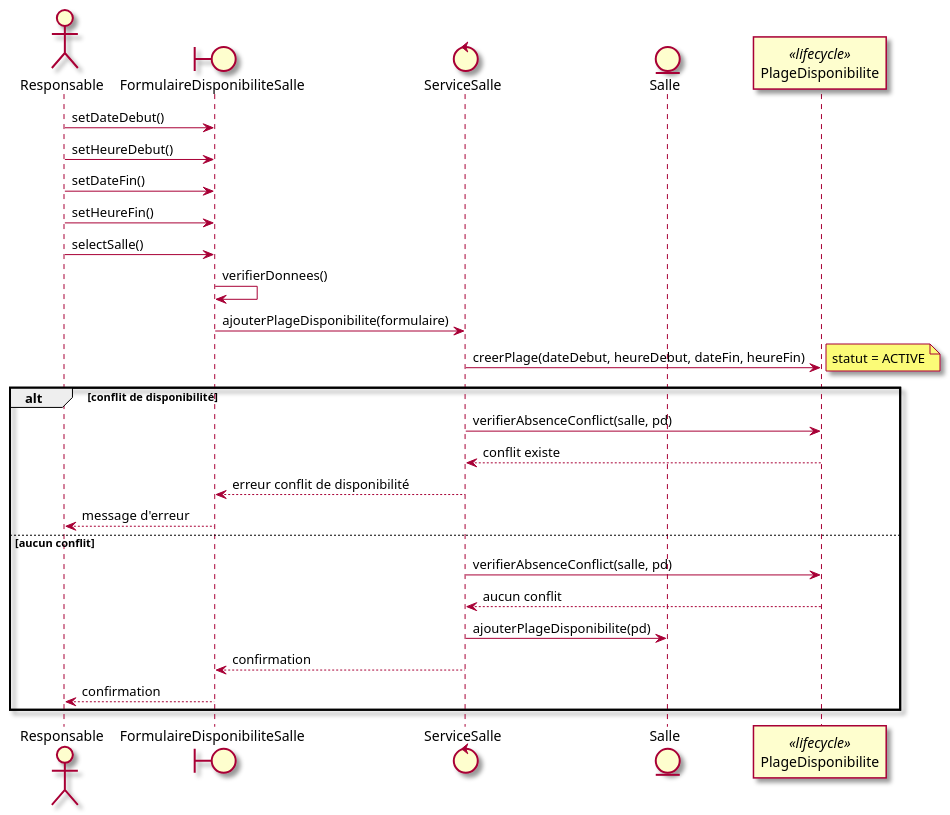
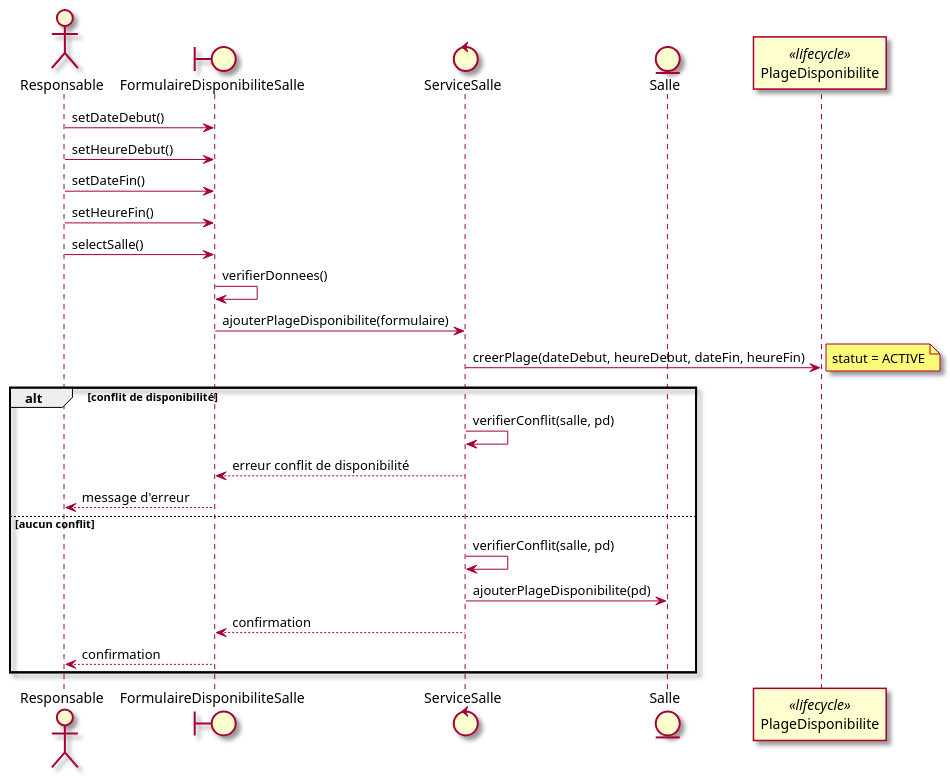
Diagram 21 of 58 in docs/02-Analyse.md (mrajaonson/glg204-room-management-system), drawn with PlantUML before and after one commit. The commit also changed other lines of this file and 3 other files, not shown here.

````diff
--- a/docs/02-Analyse.md
+++ b/docs/02-Analyse.md
@@ -698,32 +721,30 @@
 ```plantuml
 @startuml
 skin rose
 actor Responsable as r
 boundary FormulaireDisponibiliteSalle as ui
 control ServiceSalle as svc
 entity Salle as salle
 participant PlageDisponibilite as pd <<lifecycle>>
 
 r -> ui : setDateDebut()
 r -> ui : setHeureDebut()
 r -> ui : setDateFin()
 r -> ui : setHeureFin()
 r -> ui : selectSalle()
 ui -> ui : verifierDonnees()
 ui -> svc : ajouterPlageDisponibilite(formulaire)
 svc -> pd : creerPlage(dateDebut, heureDebut, dateFin, heureFin)
 note right : statut = ACTIVE
 alt conflit de disponibilité
-  svc -> pd : verifierAbsenceConflict(salle, pd)
-  pd --> svc : conflit existe
+  svc -> svc : verifierConflit(salle, pd)
   svc --> ui : erreur conflit de disponibilité
   ui --> r : message d'erreur
 else aucun conflit
-  svc -> pd : verifierAbsenceConflict(salle, pd)
-  pd --> svc : aucun conflit
+  svc -> svc : verifierConflit(salle, pd)
   svc -> salle : ajouterPlageDisponibilite(pd)
   svc --> ui : confirmation
   ui --> r : confirmation
 end
 @enduml
 ```
````
